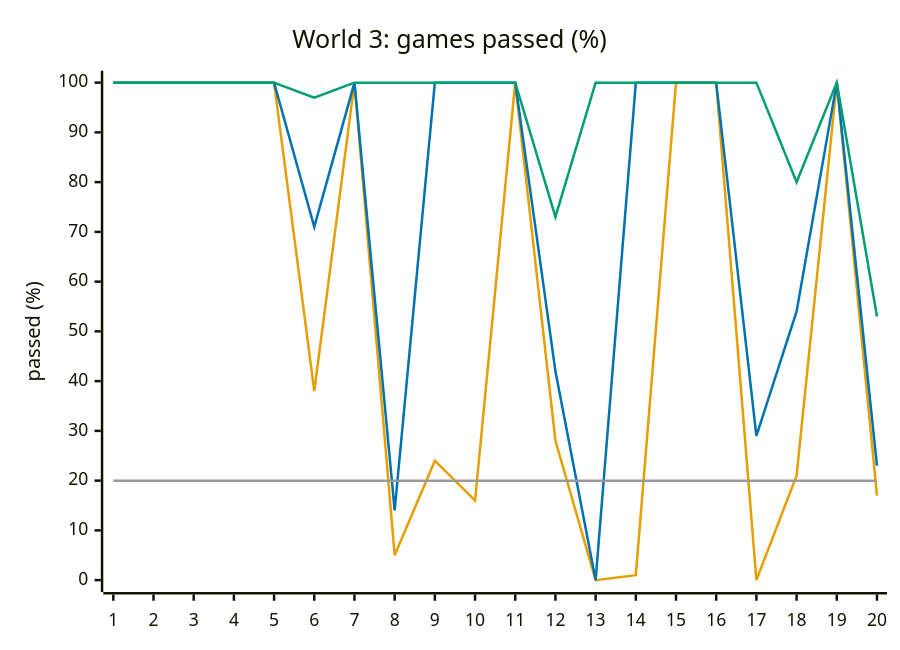
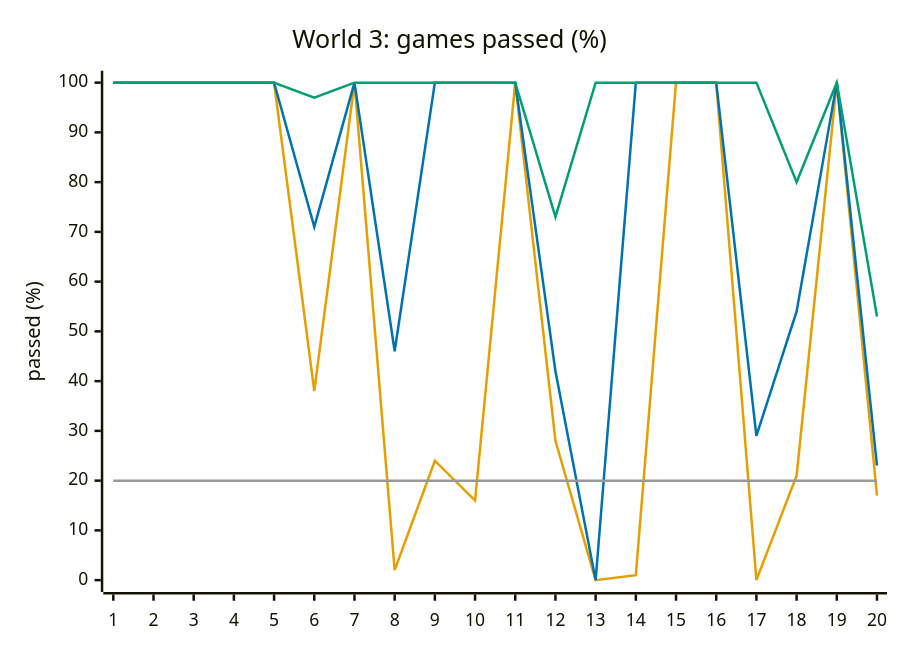
One commit to Pavelya/dots changed the fifth of 8 diagrams in docs/design/difficulty.md. Above: the diagram before and after it, drawn with Mermaid. The commit also changed other lines of this file and 3 other files, not shown here.

````diff
--- a/docs/design/difficulty.md
+++ b/docs/design/difficulty.md
@@ -222,11 +225,11 @@
 ```mermaid
 %%{init: {"themeVariables": {"xyChart": {"plotColorPalette": "#E69F00, #0072B2, #009E73, #999999"}}}}%%
 xychart-beta
     title "World 3: games passed (%)"
     x-axis ["1", "2", "3", "4", "5", "6", "7", "8", "9", "10", "11", "12", "13", "14", "15", "16", "17", "18", "19", "20"]
     y-axis "passed (%)" 0 --> 100
-    line [100, 100, 100, 100, 100, 38, 100, 5, 24, 16, 100, 28, 0, 1, 100, 100, 0, 21, 100, 17]
-    line [100, 100, 100, 100, 100, 71, 100, 14, 100, 100, 100, 42, 0, 100, 100, 100, 29, 54, 100, 23]
+    line [100, 100, 100, 100, 100, 38, 100, 2, 24, 16, 100, 28, 0, 1, 100, 100, 0, 21, 100, 17]
+    line [100, 100, 100, 100, 100, 71, 100, 46, 100, 100, 100, 42, 0, 100, 100, 100, 29, 54, 100, 23]
     line [100, 100, 100, 100, 100, 97, 100, 100, 100, 100, 100, 73, 100, 100, 100, 100, 100, 80, 100, 53]
     line [20, 20, 20, 20, 20, 20, 20, 20, 20, 20, 20, 20, 20, 20, 20, 20, 20, 20, 20, 20]
 ```
````
